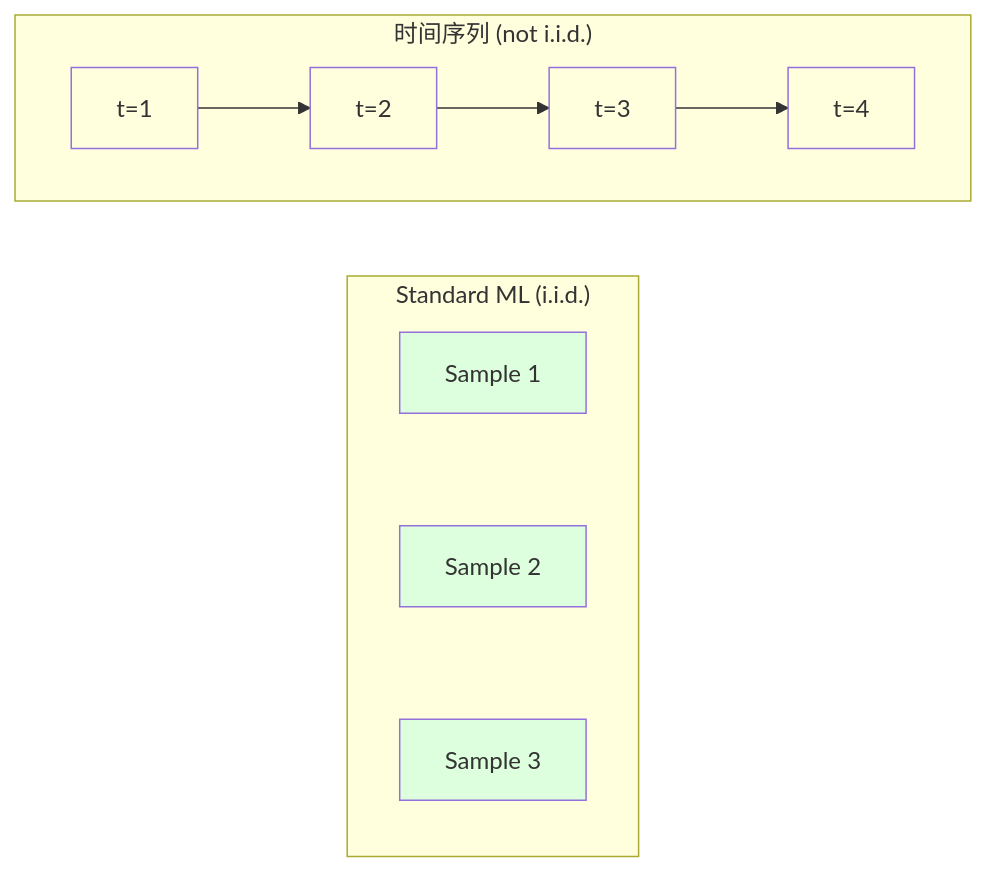
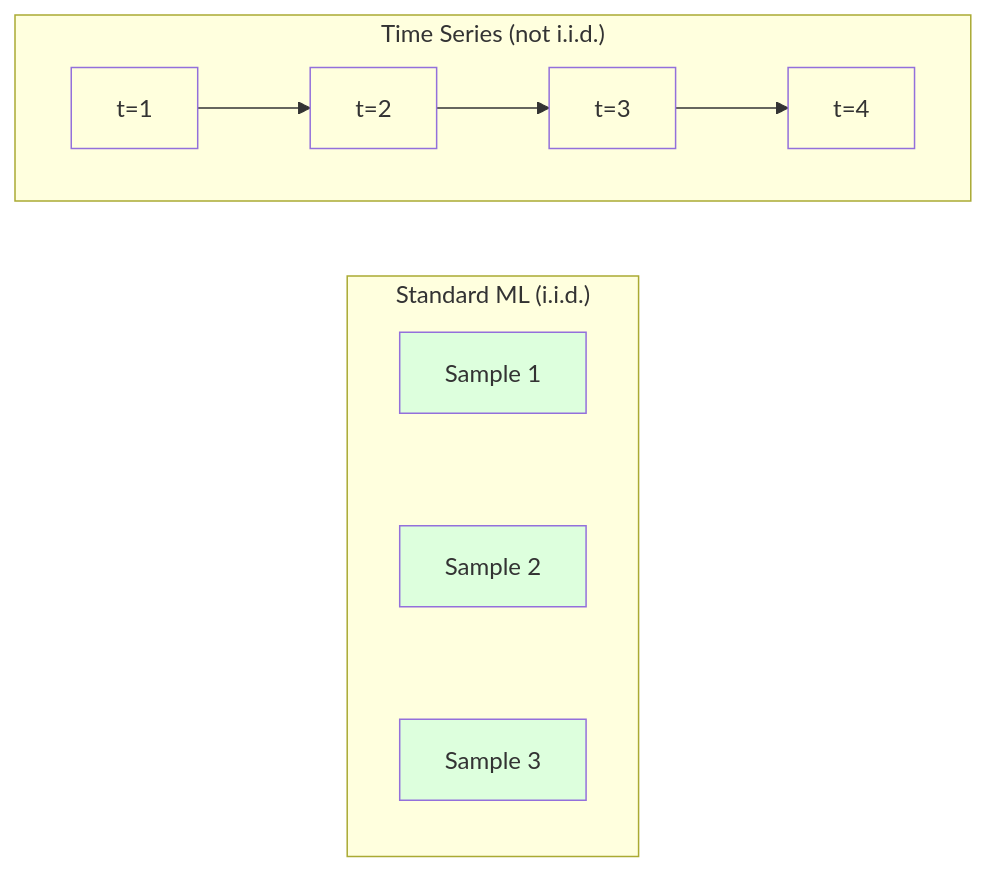
Before and after one commit to arwei944/ai-engineering-from-scratch: the first of 3 diagrams in phases/02-ml-fundamentals/15-time-series/docs/zh.md, drawn with Mermaid. The commit also changed other lines of this file and 65 other files, not shown here.

````diff
--- a/phases/02-ml-fundamentals/15-time-series/docs/zh.md
+++ b/phases/02-ml-fundamentals/15-time-series/docs/zh.md
@@ -40,22 +40,22 @@
 ```mermaid
 flowchart LR
     subgraph IID["Standard ML (i.i.d.)"]
         direction TB
         S1[Sample 1] ~~~ S2[Sample 2]
         S2 ~~~ S3[Sample 3]
     end
-    subgraph TS["时间序列 (not i.i.d.)"]
+    subgraph TS["Time Series (not i.i.d.)"]
         direction LR
         T1[t=1] --> T2[t=2]
         T2 --> T3[t=3]
         T3 --> T4[t=4]
     end
 
     style S1 fill:#dfd
     style S2 fill:#dfd
     style S3 fill:#dfd
     style T1 fill:#ffd
     style T2 fill:#ffd
     style T3 fill:#ffd
     style T4 fill:#ffd
 ```
````
